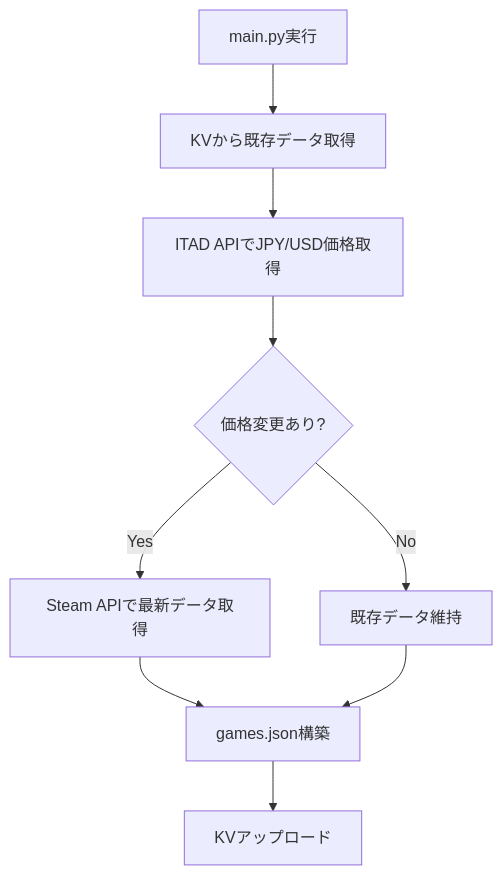
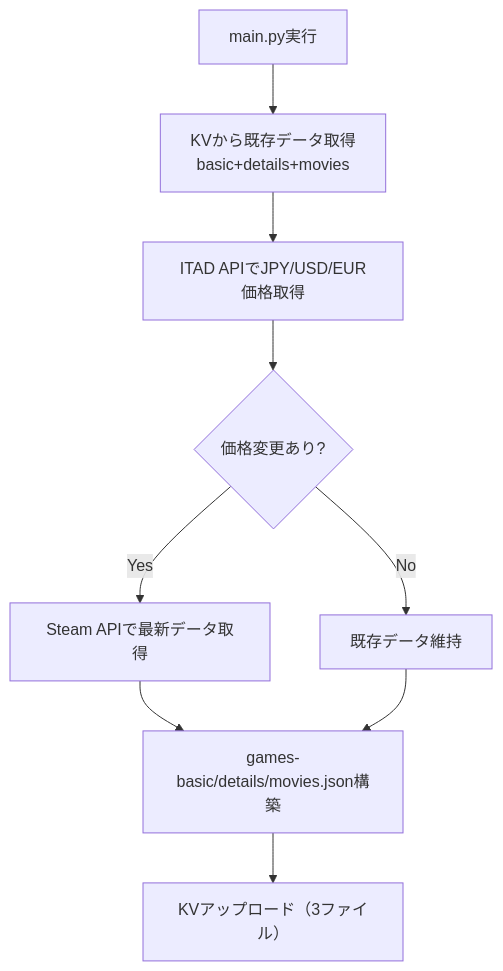
One commit to vibecoder-lab/game-seeker-vault changed the first of 6 diagrams in docs/BATCH_PROCESSING.md. Above: the diagram before and after it, drawn with Mermaid. The commit also changed other lines of this file and 12 other files, not shown here.

````diff
--- a/docs/BATCH_PROCESSING.md
+++ b/docs/BATCH_PROCESSING.md
@@ -128,11 +128,11 @@
 ```mermaid
 graph TD
-    A[main.py実行] --> B[KVから既存データ取得]
-    B --> C[ITAD APIでJPY/USD価格取得]
+    A[main.py実行] --> B[KVから既存データ取得<br/>basic+details+movies]
+    B --> C[ITAD APIでJPY/USD/EUR価格取得]
     C --> D{価格変更あり?}
     D -->|Yes| E[Steam APIで最新データ取得]
     D -->|No| F[既存データ維持]
-    E --> G[games.json構築]
+    E --> G[games-basic/details/movies.json構築]
     F --> G
-    G --> H[KVアップロード]
+    G --> H[KVアップロード（3ファイル）]
 ```
````
